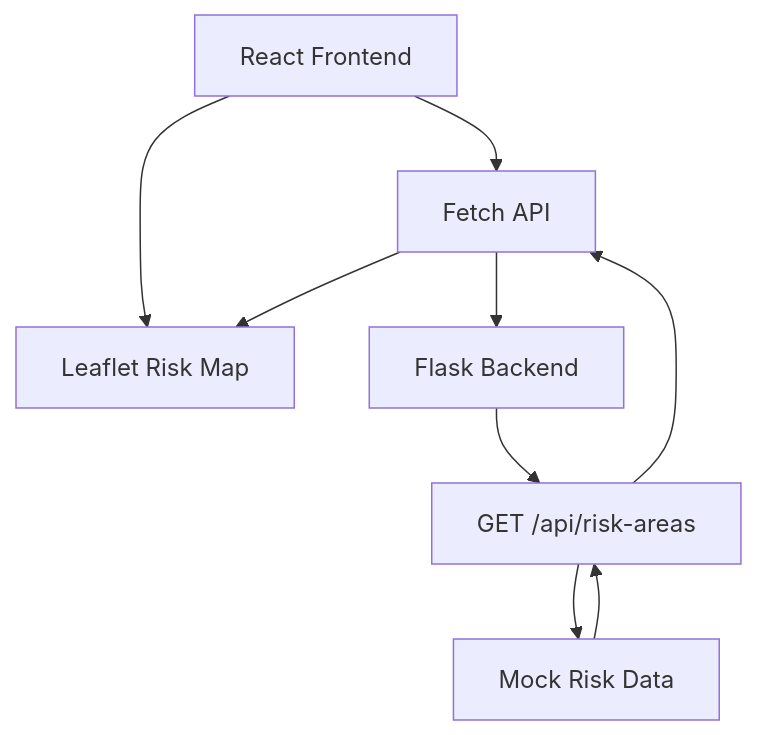
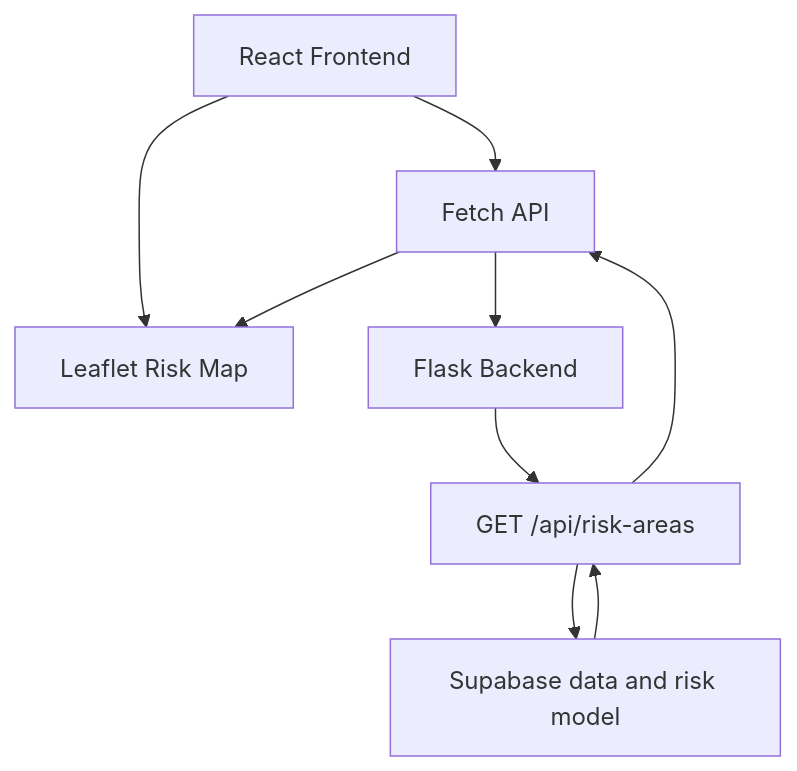
The first of 2 diagrams in README.md (RianaMalhotra/EmberWatch), drawn with Mermaid before and after one commit. The commit also changed other lines of this file, not shown here.

Commit message:
Update README: risk map now shows scored data and risk zones (#44)

````diff
--- a/README.md
+++ b/README.md
@@ -193,18 +188,18 @@
 ```mermaid
 flowchart TD
     A[React Frontend]
     B[Leaflet Risk Map]
     C[Fetch API]
     D[Flask Backend]
     E[GET /api/risk-areas]
-    F[Mock Risk Data]
+    F[Supabase data and risk model]
 
     A --> B
     A --> C
     C --> D
     D --> E
     E --> F
     F --> E
     E --> C
     C --> B
 ```
````
